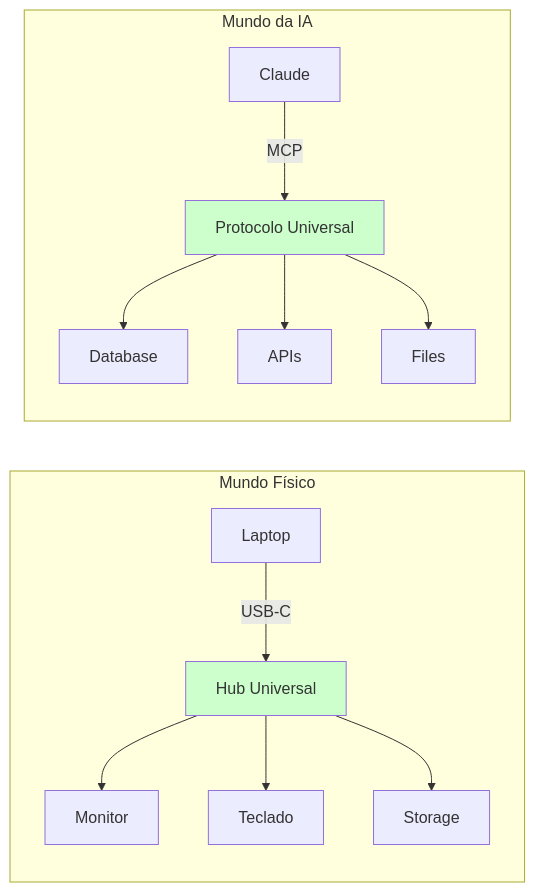
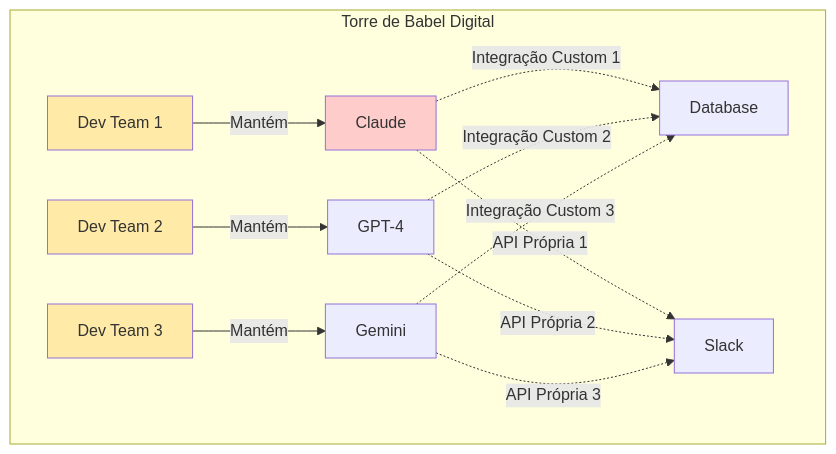
One commit to felipepimentel/my-public-notes changed the second of 20 diagrams in AI/Comunicação/MCP/00-mcp-presentation-zero to hero.md. Above: the diagram before and after it, drawn with Mermaid. The commit also changed other lines of this file, not shown here.

````diff
--- a/AI/Comunicação/MCP/00-mcp-presentation-zero to hero.md
+++ b/AI/Comunicação/MCP/00-mcp-presentation-zero to hero.md
@@ -30,19 +27,21 @@
 ```mermaid
-graph LR
-    subgraph "Mundo Físico"
-        D1[Laptop] -->|USB-C| H1[Hub Universal]
-        H1 --> M1[Monitor]
-        H1 --> K1[Teclado]
-        H1 --> S1[Storage]
+graph TD
+    subgraph "Torre de Babel Digital"
+        A1[Claude] -.->|Integração Custom 1| D1[Database]
+        A2[GPT-4] -.->|Integração Custom 2| D1
+        A3[Gemini] -.->|Integração Custom 3| D1
+        
+        A1 -.->|API Própria 1| T1[Slack]
+        A2 -.->|API Própria 2| T1
+        A3 -.->|API Própria 3| T1
+        
+        Dev1[Dev Team 1] -->|Mantém| A1
+        Dev2[Dev Team 2] -->|Mantém| A2
+        Dev3[Dev Team 3] -->|Mantém| A3
     end
     
-    subgraph "Mundo da IA"
-        A1[Claude] -->|MCP| P1[Protocolo Universal]
-        P1 --> DB1[Database]
-        P1 --> API1[APIs]
-        P1 --> F1[Files]
-    end
-    
-    style H1 fill:#ccffcc
-    style P1 fill:#ccffcc
+    style A1 fill:#ffcccc
+    style Dev1 fill:#ffeaa7
+    style Dev2 fill:#ffeaa7
+    style Dev3 fill:#ffeaa7
 ```
````
